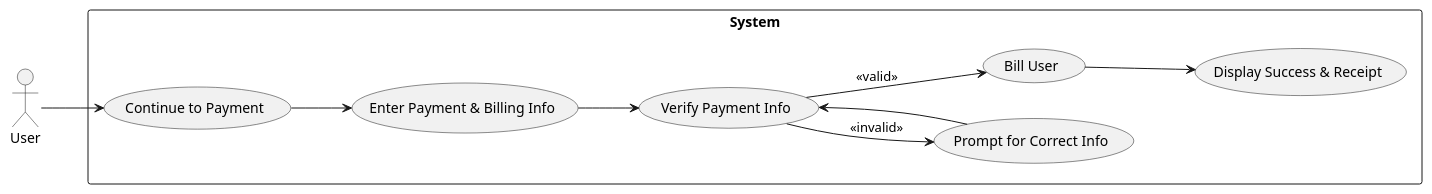
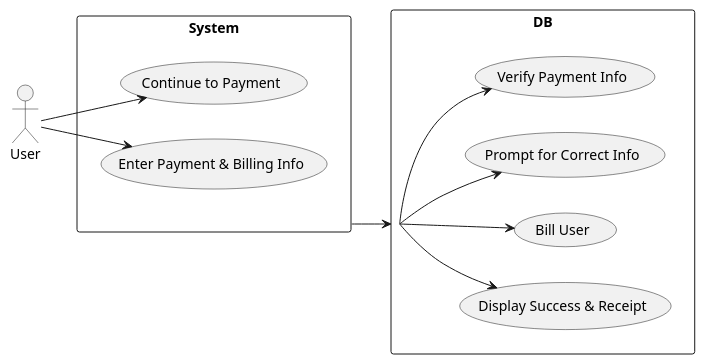
One commit to HighlyHylian/online-ecommerce-platform changed the diagram in Example Files/useCaseDiagram.pu. Above: the diagram before and after it, drawn with PlantUML.

```diff
--- a/Example Files/useCaseDiagram.pu
+++ b/Example Files/useCaseDiagram.pu
@@ -1,21 +1,25 @@
 @startuml US-09: Payment & Billing
 left to right direction
 actor User
+actor DB
 
 rectangle System {
   usecase "Continue to Payment" as U1
   usecase "Enter Payment & Billing Info" as U2
+}
+
+rectangle DB {
   usecase "Verify Payment Info" as U3
   usecase "Prompt for Correct Info" as U4
   usecase "Bill User" as U5
   usecase "Display Success & Receipt" as U6
 }
 
 User --> U1
-U1 --> U2
-U2 --> U3
-U3 --> U4 : <<invalid>>
-U4 --> U3
-U3 --> U5 : <<valid>>
-U5 --> U6
+User --> U2
+System --> DB
+DB --> U3
+DB --> U4
+DB --> U5
+DB --> U6
 @enduml
```
